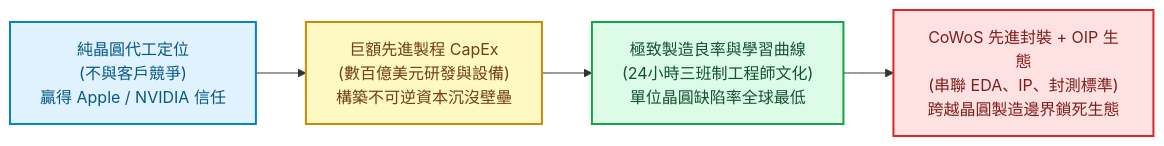
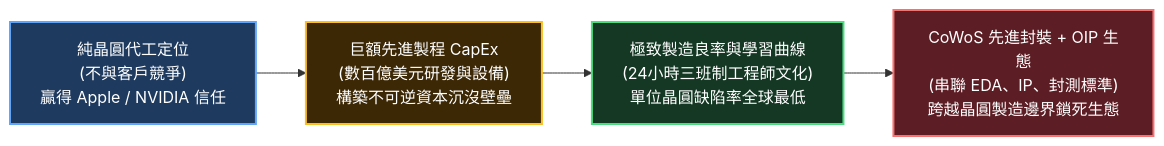
Before and after one commit to Jimlin0428/my-digital-garden: the seventh of 8 diagrams in src/site/notes/98_商業概念庫/competitive-advantage_競爭優勢.md, drawn with Mermaid. The commit also changed other lines of this file and 58 other files, not shown here.

````diff
--- a/src/site/notes/98_商業概念庫/competitive-advantage_競爭優勢.md
+++ b/src/site/notes/98_商業概念庫/competitive-advantage_競爭優勢.md
@@ -318,11 +318,11 @@
 ```mermaid
 flowchart LR
     P1["純晶圓代工定位<br>(不與客戶競爭)<br>贏得 Apple / NVIDIA 信任"] --> P2["巨額先進製程 CapEx<br>(數百億美元研發與設備)<br>構築不可逆資本沉沒壁壘"]
     P2 --> P3["極致製造良率與學習曲線<br>(24小時三班制工程師文化)<br>單位晶圓缺陷率全球最低"]
     P3 --> P4["CoWoS 先進封裝 + OIP 生態<br>(串聯 EDA、IP、封測標準)<br>跨越晶圓製造邊界鎖死生態"]
 
-    style P1 fill:#e0f2fe,stroke:#0284c7,stroke-width:2px,color:#075985
-    style P2 fill:#fef9c3,stroke:#ca8a04,stroke-width:2px,color:#713f12
-    style P3 fill:#dcfce7,stroke:#16a34a,stroke-width:2px,color:#14532d
-    style P4 fill:#fee2e2,stroke:#dc2626,stroke-width:2px,color:#7f1d1d
+    style P1 fill:#1e3a5f,stroke:#60a5fa,stroke-width:2px,color:#ffffff
+    style P2 fill:#3d2806,stroke:#fbbf24,stroke-width:2px,color:#ffffff
+    style P3 fill:#143823,stroke:#4ade80,stroke-width:2px,color:#ffffff
+    style P4 fill:#5c1d24,stroke:#f87171,stroke-width:2px,color:#ffffff
 ```
````
